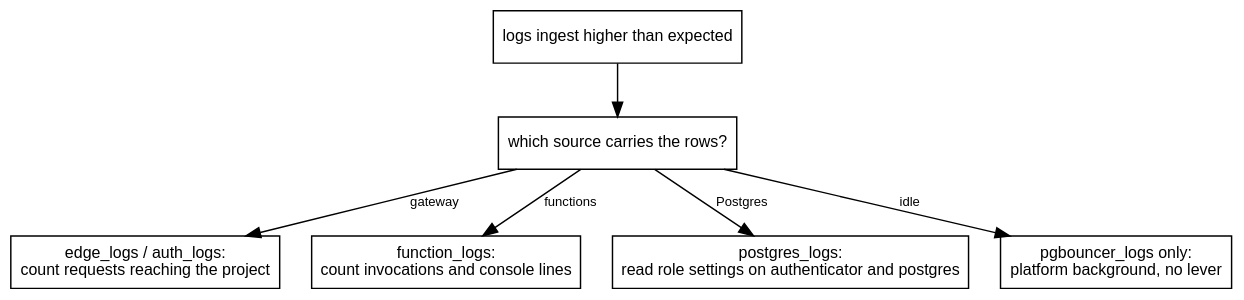
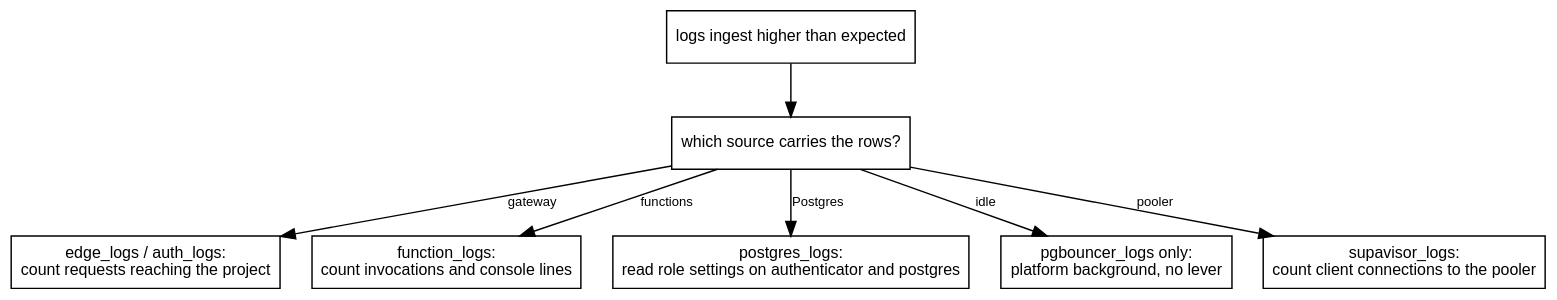
Before and after one commit to erfianugrah/lexicanum: the second of 2 diagrams in src/content/docs/reference/supabase-logs-volume.mdx, drawn with Graphviz. The commit also changed other lines of this file and 1 other file, not shown here.

First line of the commit message:
docs(supabase-logs-volume): backend read cache, admin lookups and pooled reads (LV07); new cache-estimate guide

````diff
--- a/src/content/docs/reference/supabase-logs-volume.mdx
+++ b/src/content/docs/reference/supabase-logs-volume.mdx
@@ -233,19 +278,21 @@
 ```dot
 digraph {
   rankdir=TB; bgcolor="transparent"; nodesep=0.3; ranksep=0.5;
   fontname="Helvetica,Arial,sans-serif";
   node [fontname="Helvetica,Arial,sans-serif", fontsize=11, shape=box];
   edge [fontname="Helvetica,Arial,sans-serif", fontsize=9];
   start [label="logs ingest higher than expected"];
   which [label="which source carries the rows?"];
   edge_ [label="edge_logs / auth_logs:\ncount requests reaching the project"];
   fn [label="function_logs:\ncount invocations and console lines"];
   pg [label="postgres_logs:\nread role settings on authenticator and postgres"];
   bg [label="pgbouncer_logs only:\nplatform background, no lever"];
+  sv [label="supavisor_logs:\ncount client connections to the pooler"];
   start -> which;
   which -> edge_ [label="gateway"];
   which -> fn [label="functions"];
   which -> pg [label="Postgres"];
   which -> bg [label="idle"];
+  which -> sv [label="pooler"];
 }
 ```
````
